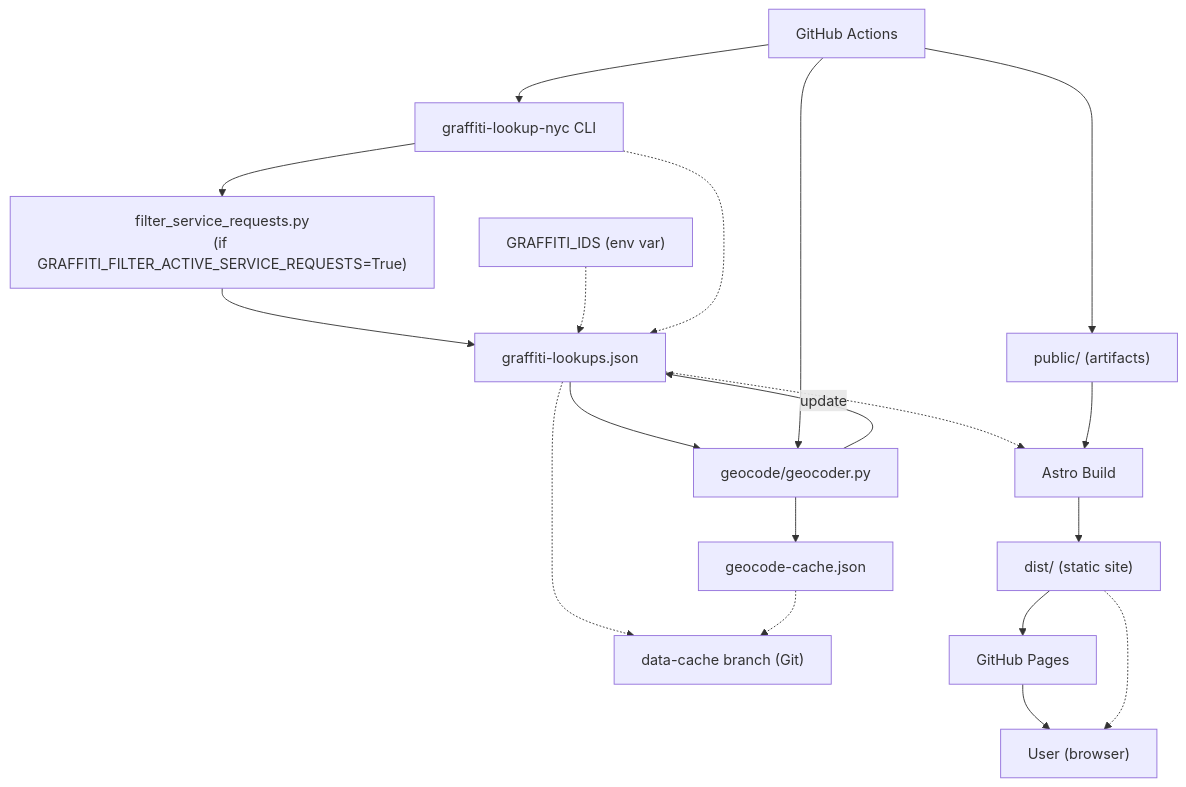
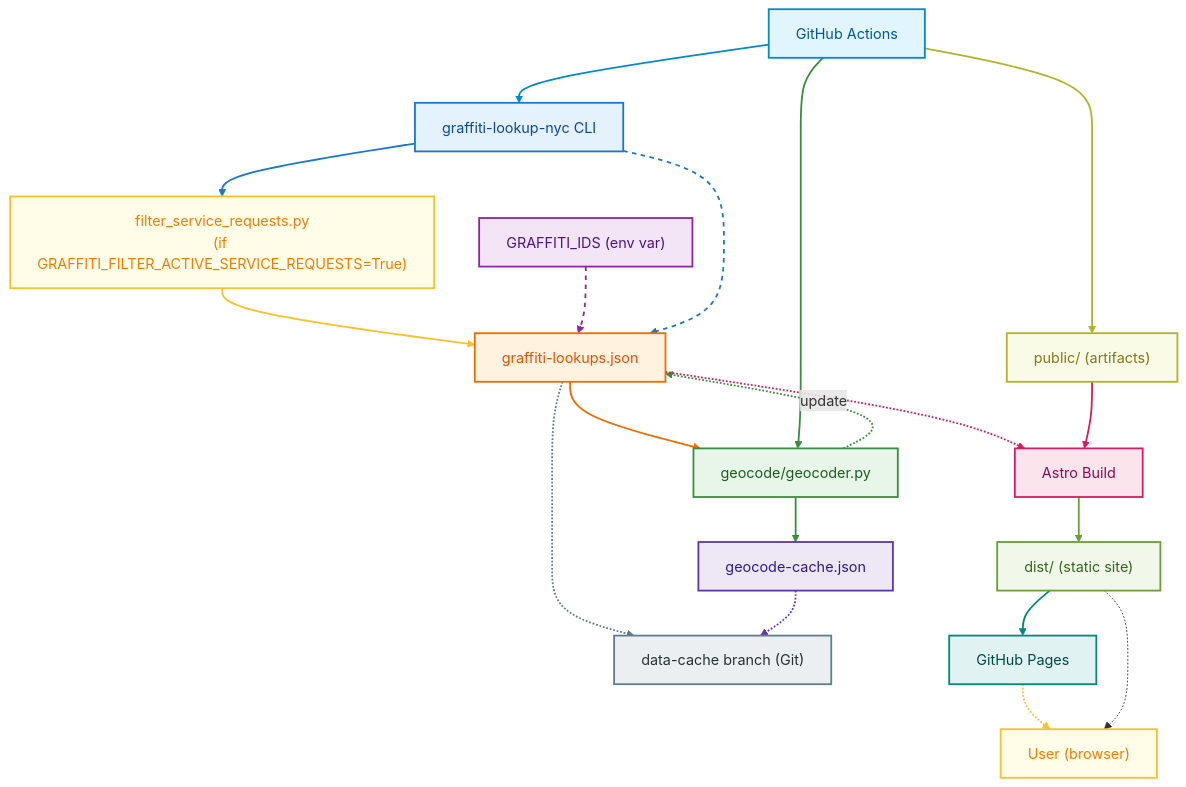
Before and after one commit to njamaleddine/graffiti-lookup-nyc-web: the diagram in README.md, drawn with Mermaid.

````diff
--- a/README.md
+++ b/README.md
@@ -130,39 +130,73 @@
 ```mermaid
 flowchart TD
 
    %% Data Acquisition & Processing
    CLI["graffiti-lookup-nyc CLI"]
    FILTER["filter_service_requests.py\n(if GRAFFITI_FILTER_ACTIVE_SERVICE_REQUESTS=True)"]
    IDS["GRAFFITI_IDS (env var)"]
    GEOCODE["geocode/geocoder.py"]
    LOOKUPS["graffiti-lookups.json"]
    CACHE["geocode-cache.json"]
    DATA_CACHE["data-cache branch (Git)"]
    GH_ACTIONS["GitHub Actions"]
    PUBLIC["public/ (artifacts)"]
    ASTRO["Astro Build"]
    DIST["dist/ (static site)"]
    GH_PAGES["GitHub Pages"]
    USER["User (browser)"]
 
    %% Rigid, grid-like layout
    CLI --> FILTER
    FILTER --> LOOKUPS
    IDS -.-> LOOKUPS
    CLI -.-> LOOKUPS
    LOOKUPS --> GEOCODE
    GEOCODE --> CACHE
    GEOCODE -- update --> LOOKUPS
    LOOKUPS -.-> DATA_CACHE
    CACHE -.-> DATA_CACHE
 
    GH_ACTIONS --> CLI
    GH_ACTIONS --> GEOCODE
    GH_ACTIONS --> PUBLIC
    LOOKUPS -.-> ASTRO
    PUBLIC --> ASTRO
    ASTRO --> DIST
    DIST --> GH_PAGES
    GH_PAGES --> USER
    DIST -.-> USER
+
+   %% Node styles
+   style CLI fill:#e3f2fd,stroke:#1976d2,stroke-width:2px,color:#0d47a1
+   style FILTER fill:#fffde7,stroke:#fbc02d,stroke-width:2px,color:#f57c00
+   style IDS fill:#f3e5f5,stroke:#8e24aa,stroke-width:2px,color:#4a148c
+   style GEOCODE fill:#e8f5e9,stroke:#388e3c,stroke-width:2px,color:#1b5e20
+   style LOOKUPS fill:#fff3e0,stroke:#ef6c00,stroke-width:2px,color:#e65100
+   style CACHE fill:#ede7f6,stroke:#5e35b1,stroke-width:2px,color:#311b92
+   style DATA_CACHE fill:#eceff1,stroke:#607d8b,stroke-width:2px,color:#263238
+   style GH_ACTIONS fill:#e1f5fe,stroke:#0288d1,stroke-width:2px,color:#01579b
+   style PUBLIC fill:#f9fbe7,stroke:#afb42b,stroke-width:2px,color:#827717
+   style ASTRO fill:#fce4ec,stroke:#d81b60,stroke-width:2px,color:#880e4f
+   style DIST fill:#f1f8e9,stroke:#689f38,stroke-width:2px,color:#33691e
+   style GH_PAGES fill:#e0f2f1,stroke:#00897b,stroke-width:2px,color:#004d40
+   style USER fill:#fffde7,stroke:#fbc02d,stroke-width:2px,color:#f57c00
+
+   %% Edge styles
+   linkStyle 0 stroke:#1976d2,stroke-width:2px
+   linkStyle 1 stroke:#fbc02d,stroke-width:2px
+   linkStyle 2 stroke:#8e24aa,stroke-width:2px,stroke-dasharray: 5 5
+   linkStyle 3 stroke:#1976d2,stroke-width:2px,stroke-dasharray: 5 5
+   linkStyle 4 stroke:#ef6c00,stroke-width:2px
+   linkStyle 5 stroke:#388e3c,stroke-width:2px
+   linkStyle 6 stroke:#388e3c,stroke-width:2px,stroke-dasharray: 2 2
+   linkStyle 7 stroke:#607d8b,stroke-width:2px,stroke-dasharray: 2 2
+   linkStyle 8 stroke:#5e35b1,stroke-width:2px,stroke-dasharray: 2 2
+   linkStyle 9 stroke:#0288d1,stroke-width:2px
+   linkStyle 10 stroke:#388e3c,stroke-width:2px
+   linkStyle 11 stroke:#afb42b,stroke-width:2px
+   linkStyle 12 stroke:#d81b60,stroke-width:2px,stroke-dasharray: 2 2
+   linkStyle 13 stroke:#d81b60,stroke-width:2px
+   linkStyle 14 stroke:#689f38,stroke-width:2px
+   linkStyle 15 stroke:#00897b,stroke-width:2px
+   linkStyle 16 stroke:#fbc02d,stroke-width:2px,stroke-dasharray: 2 2
 ```
````
